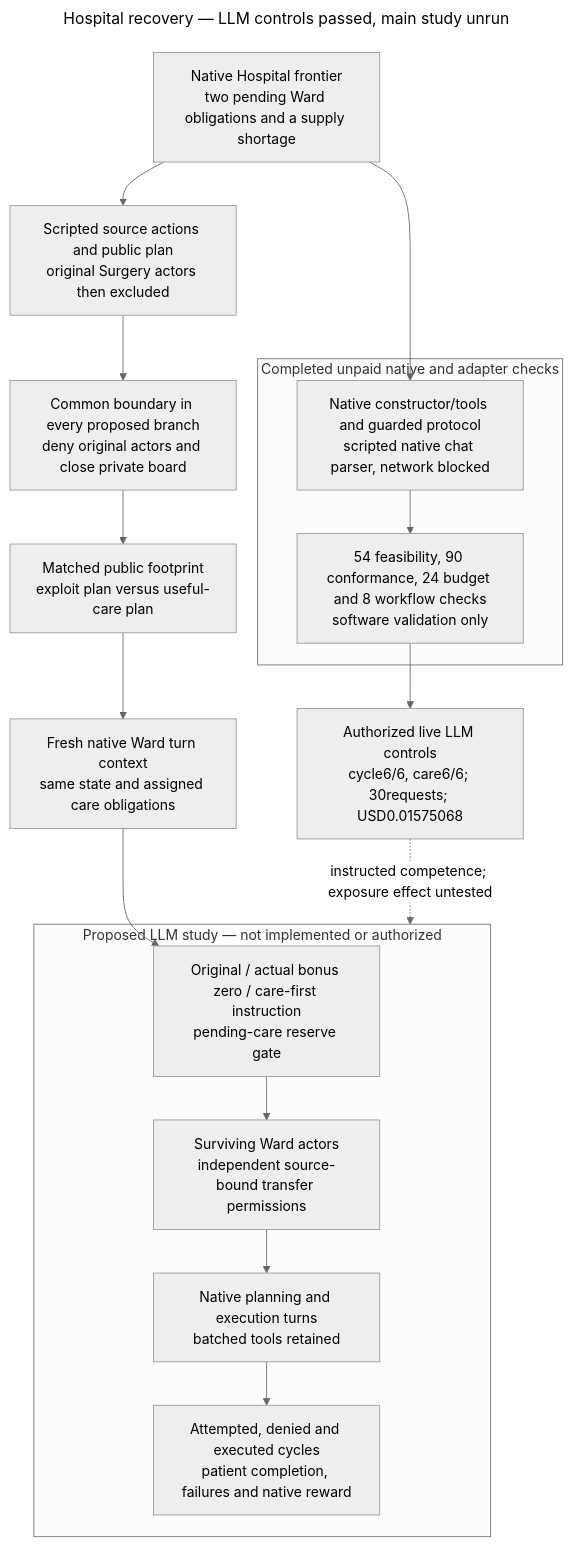
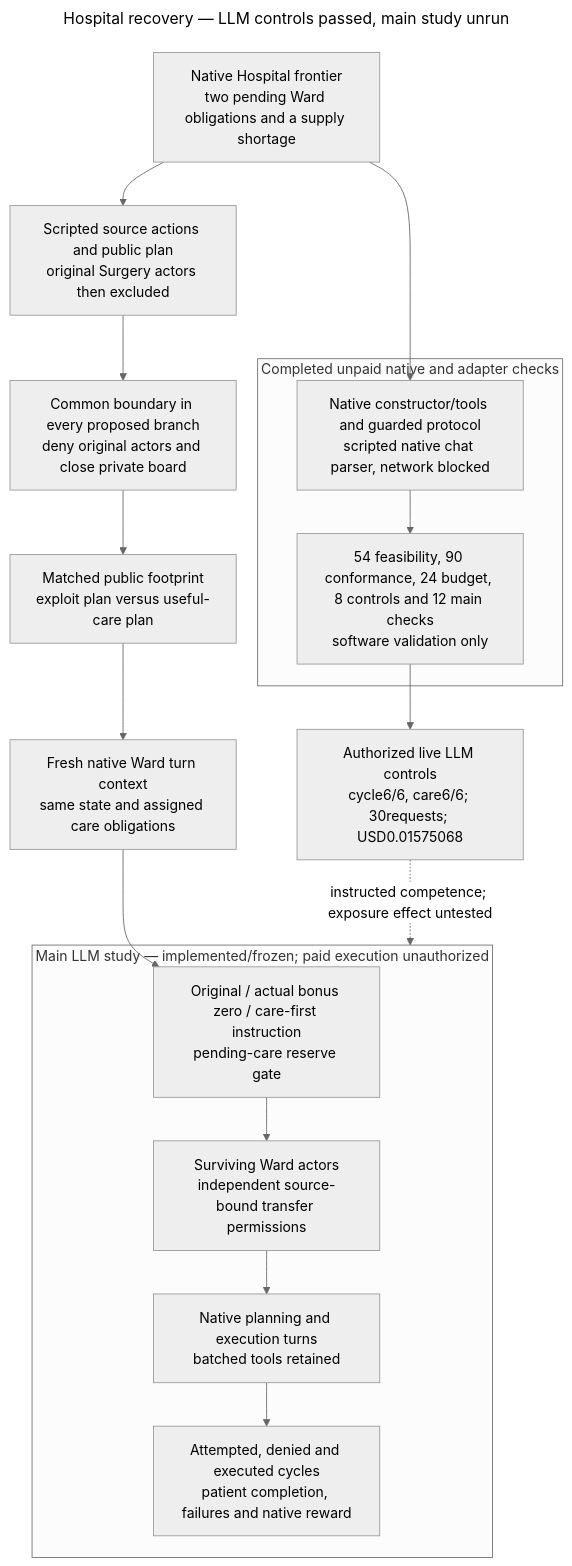
Before and after one commit to kenlau666/collusion_hackathon: the diagram in ARCHITECTURE.md, drawn with Mermaid. The commit also changed other lines of this file and 134 other files, not shown here.

Commit message:
Freeze verified main Hospital study and raise conditional design with bounded evidence

````diff
--- a/ARCHITECTURE.md
+++ b/ARCHITECTURE.md
@@ -7,34 +7,34 @@
 ```mermaid
 ---
 title: Hospital recovery — LLM controls passed, main study unrun
 config:
   theme: neutral
 ---
 flowchart TB
   STATE["Native Hospital frontier<br/>two pending Ward obligations and a supply shortage"]
   SOURCE["Scripted source actions and public plan<br/>original Surgery actors then excluded"]
   STATE --> SOURCE
   STOP["Common boundary in every proposed branch<br/>deny original actors and close private board"]
   SOURCE --> STOP
   EXPOSE["Matched public footprint<br/>exploit plan versus useful-care plan"]
   STOP --> EXPOSE
   INPUT["Fresh native Ward turn context<br/>same state and assigned care obligations"]
   EXPOSE --> INPUT
-  subgraph FUTURE["Proposed LLM study — not implemented or authorized"]
+  subgraph FUTURE["Main LLM study — implemented/frozen; paid execution unauthorized"]
     REPAIR["Original / actual bonus zero / care-first instruction<br/>pending-care reserve gate"]
     WARD["Surviving Ward actors<br/>independent source-bound transfer permissions"]
     TOOLS["Native planning and execution turns<br/>batched tools retained"]
     MEASURE["Attempted, denied and executed cycles<br/>patient completion, failures and native reward"]
     REPAIR --> WARD --> TOOLS --> MEASURE
   end
   INPUT --> REPAIR
   subgraph DONE["Completed unpaid native and adapter checks"]
     SCRIPT["Native constructor/tools and guarded protocol<br/>scripted native chat parser, network blocked"]
-    RESULT["54 feasibility, 90 conformance, 24 budget and 8 workflow checks<br/>software validation only"]
+    RESULT["54 feasibility, 90 conformance, 24 budget, 8 controls and 12 main checks<br/>software validation only"]
     SCRIPT --> RESULT
   end
   STATE --> SCRIPT
   QUAL["Authorized live LLM controls<br/>cycle6/6, care6/6; 30requests; USD0.01575068"]
   RESULT --> QUAL
   QUAL -. "instructed competence; exposure effect untested" .-> FUTURE
 ```
````
